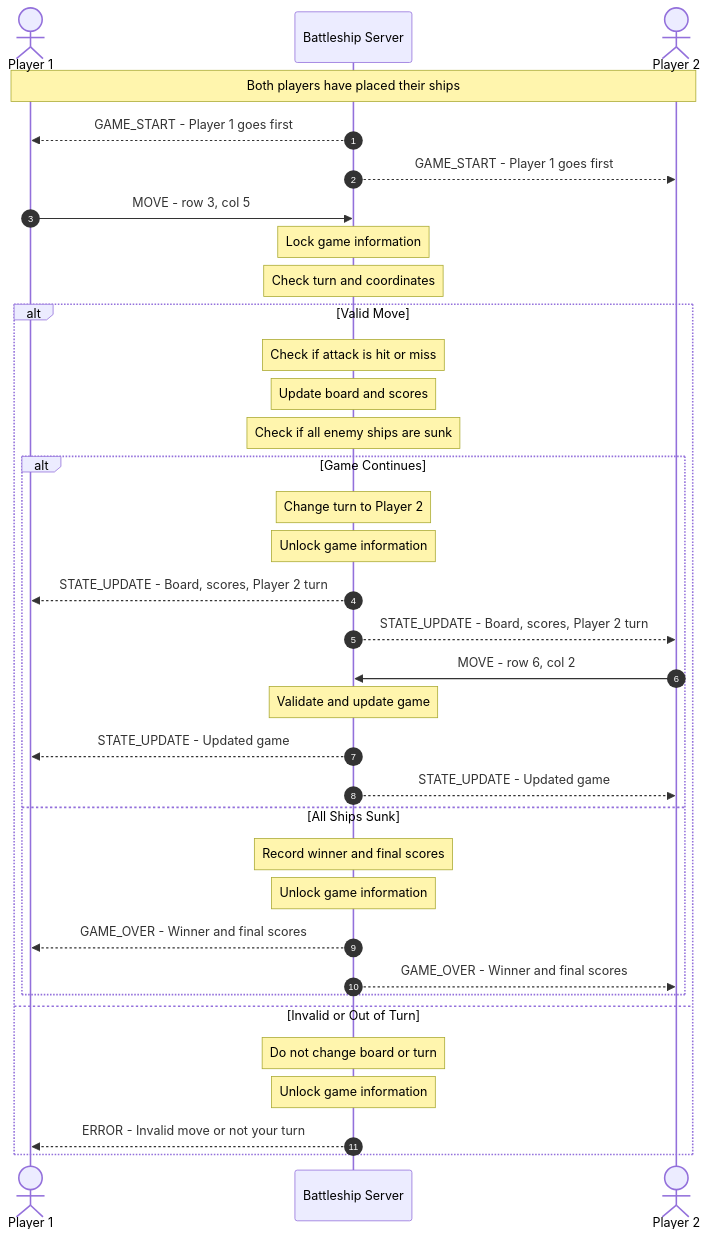
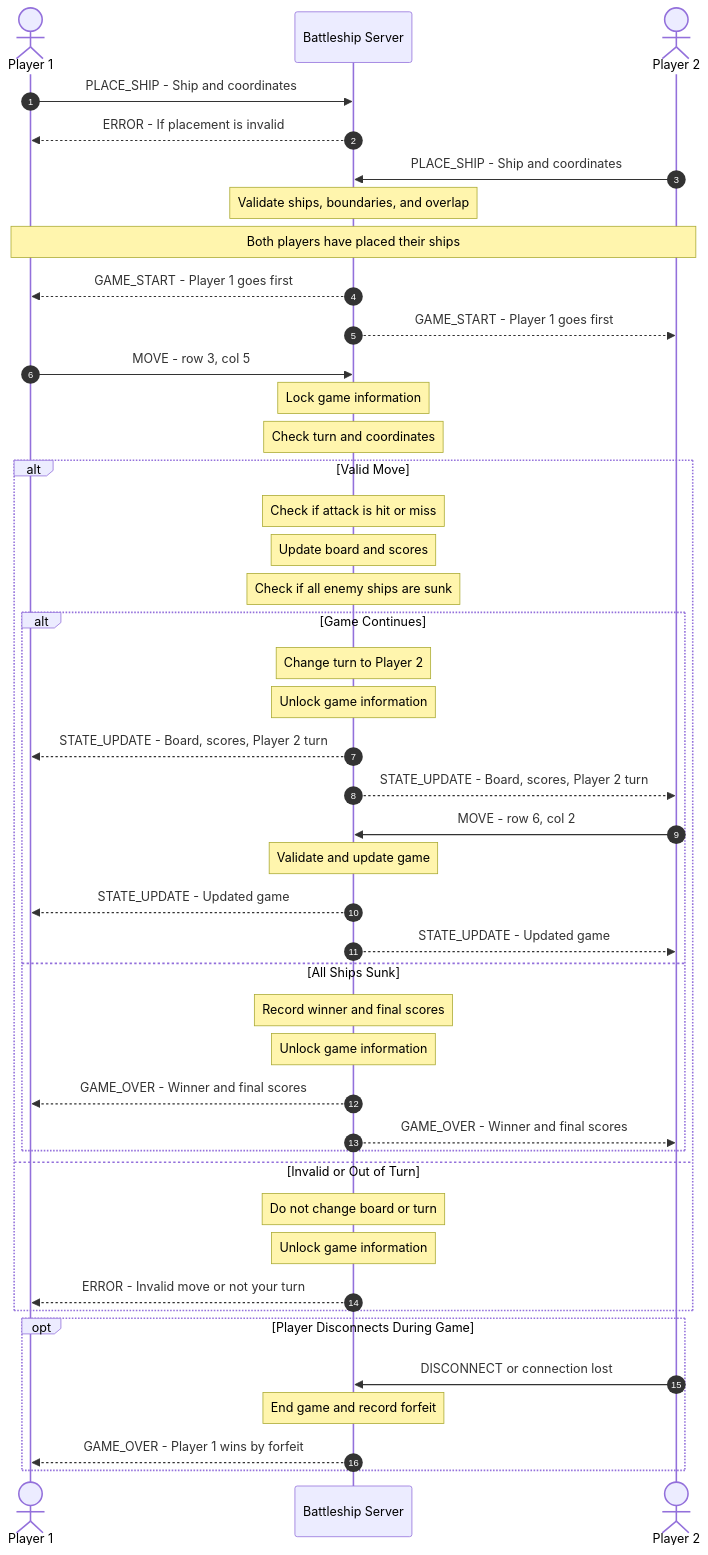
The diagram in sequence_diagram.md (ColinRHart/CS457-Battleship), drawn with Mermaid before and after one commit.

Commit message:
Enhance sequence diagram with error handling and disconnect
Added error handling for ship placement and player disconnection scenarios.

````diff
--- a/sequence_diagram.md
+++ b/sequence_diagram.md
@@ -17,46 +17,57 @@
 ```mermaid
 sequenceDiagram
     autonumber
     actor P1 as Player 1
     participant S as Battleship Server
     actor P2 as Player 2
+
+    P1->>S: PLACE_SHIP - Ship and coordinates
+    S-->>P1: ERROR - If placement is invalid
+    P2->>S: PLACE_SHIP - Ship and coordinates
+    Note over S: Validate ships, boundaries, and overlap
 
     Note over P1,P2: Both players have placed their ships
 
     S-->>P1: GAME_START - Player 1 goes first
     S-->>P2: GAME_START - Player 1 goes first
 
     P1->>S: MOVE - row 3, col 5
 
     Note over S: Lock game information
     Note over S: Check turn and coordinates
 
     alt Valid Move
         Note over S: Check if attack is hit or miss
         Note over S: Update board and scores
         Note over S: Check if all enemy ships are sunk
 
         alt Game Continues
             Note over S: Change turn to Player 2
             Note over S: Unlock game information
             S-->>P1: STATE_UPDATE - Board, scores, Player 2 turn
             S-->>P2: STATE_UPDATE - Board, scores, Player 2 turn
 
             P2->>S: MOVE - row 6, col 2
             Note over S: Validate and update game
             S-->>P1: STATE_UPDATE - Updated game
             S-->>P2: STATE_UPDATE - Updated game
 
         else All Ships Sunk
             Note over S: Record winner and final scores
             Note over S: Unlock game information
             S-->>P1: GAME_OVER - Winner and final scores
             S-->>P2: GAME_OVER - Winner and final scores
         end
 
     else Invalid or Out of Turn
         Note over S: Do not change board or turn
         Note over S: Unlock game information
         S-->>P1: ERROR - Invalid move or not your turn
     end
+
+    opt Player Disconnects During Game
+        P2->>S: DISCONNECT or connection lost
+        Note over S: End game and record forfeit
+        S-->>P1: GAME_OVER - Player 1 wins by forfeit
+    end
 ```
````
